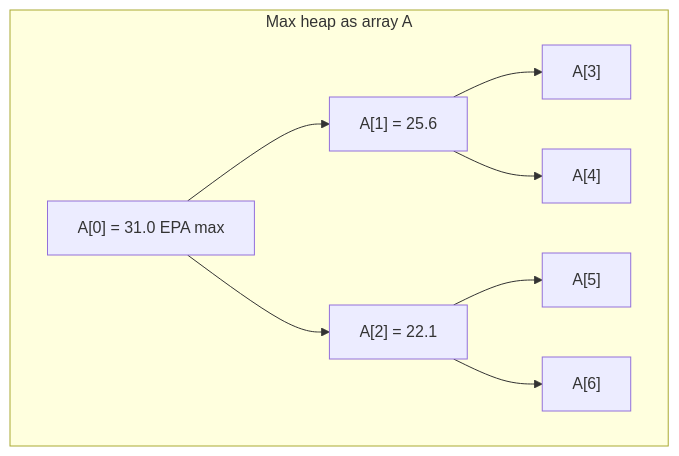
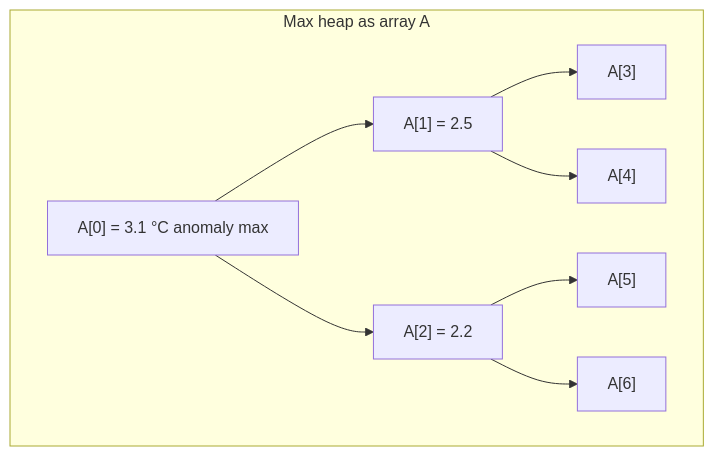
Before and after one commit to qgjones9/python-programming-guide: the first of 8 diagrams in docs/dsa/data-structures/max-heap/index.md, drawn with Mermaid. The commit also changed other lines of this file and 29 other files, not shown here.

````diff
--- a/docs/dsa/data-structures/max-heap/index.md
+++ b/docs/dsa/data-structures/max-heap/index.md
@@ -32,12 +32,12 @@
 ```mermaid
 flowchart TB
   subgraph heap["Max heap as array A"]
-    R["A[0] = 31.0 EPA max"]
-    R --> L["A[1] = 25.6"]
-    R --> RC["A[2] = 22.1"]
+    R["A[0] = 3.1 °C anomaly max"]
+    R --> L["A[1] = 2.5"]
+    R --> RC["A[2] = 2.2"]
     L --> LL["A[3]"]
     L --> LR["A[4]"]
     RC --> RL["A[5]"]
     RC --> RR["A[6]"]
   end
 ```
````
